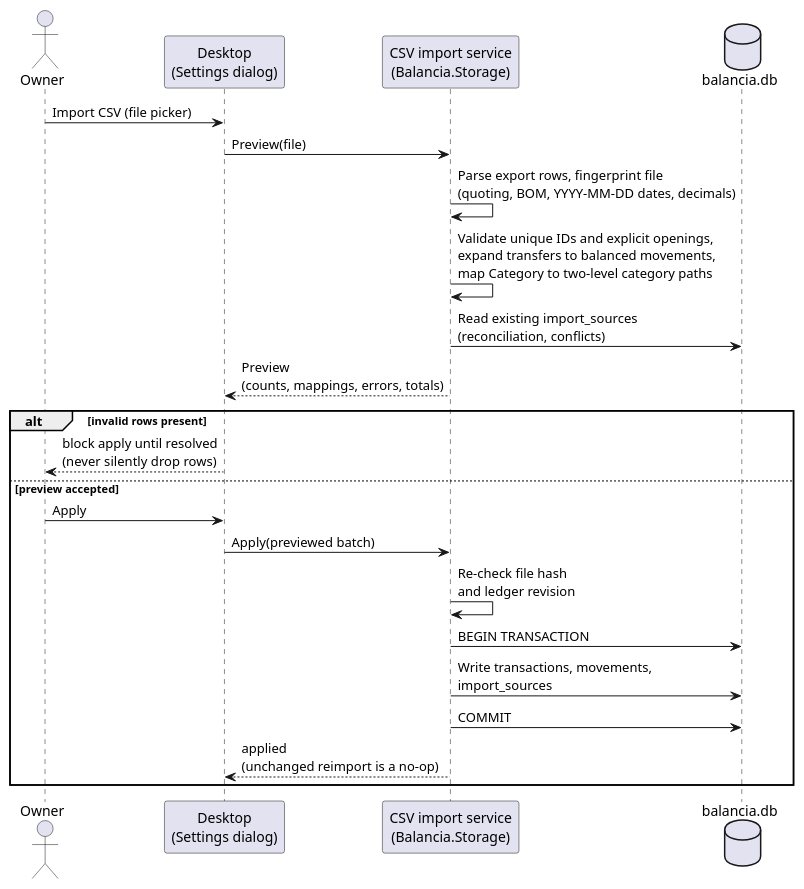
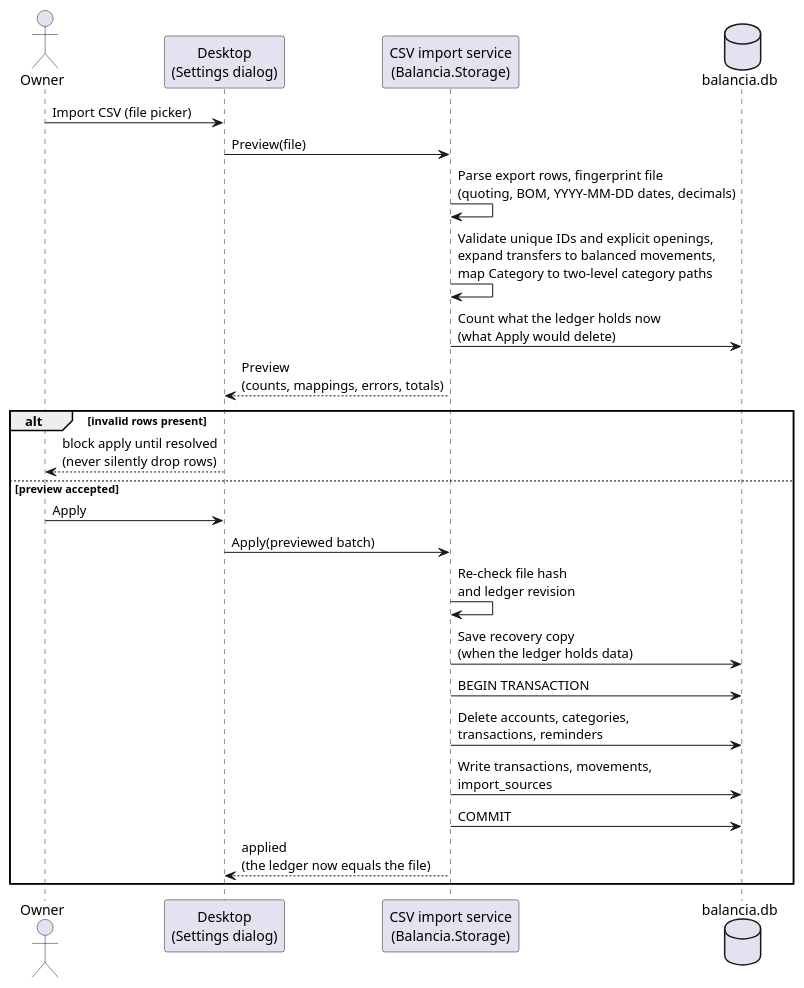
Before and after one commit to Tariatan/Balancia: the fourth of 5 diagrams in docs/Technical_Design_Description.md, drawn with PlantUML. The commit also changed other lines of this file and 21 other files, not shown here.

Commit message:
replace the ledger when importing a CSV file

````diff
--- a/docs/Technical_Design_Description.md
+++ b/docs/Technical_Design_Description.md
@@ -286,26 +287,28 @@
 ```plantuml
 @startuml
 actor Owner
 participant "Desktop\n(Settings dialog)" as UI
 participant "CSV import service\n(Balancia.Storage)" as Import
 database "balancia.db" as Db
 
 Owner -> UI : Import CSV (file picker)
 UI -> Import : Preview(file)
 Import -> Import : Parse export rows, fingerprint file\n(quoting, BOM, YYYY-MM-DD dates, decimals)
 Import -> Import : Validate unique IDs and explicit openings,\nexpand transfers to balanced movements,\nmap Category to two-level category paths
-Import -> Db : Read existing import_sources\n(reconciliation, conflicts)
+Import -> Db : Count what the ledger holds now\n(what Apply would delete)
 Import --> UI : Preview\n(counts, mappings, errors, totals)
 alt invalid rows present
   UI --> Owner : block apply until resolved\n(never silently drop rows)
 else preview accepted
   Owner -> UI : Apply
   UI -> Import : Apply(previewed batch)
   Import -> Import : Re-check file hash\nand ledger revision
+  Import -> Db : Save recovery copy\n(when the ledger holds data)
   Import -> Db : BEGIN TRANSACTION
+  Import -> Db : Delete accounts, categories,\ntransactions, reminders
   Import -> Db : Write transactions, movements,\nimport_sources
   Import -> Db : COMMIT
-  Import --> UI : applied\n(unchanged reimport is a no-op)
+  Import --> UI : applied\n(the ledger now equals the file)
 end
 @enduml
 ```
````
